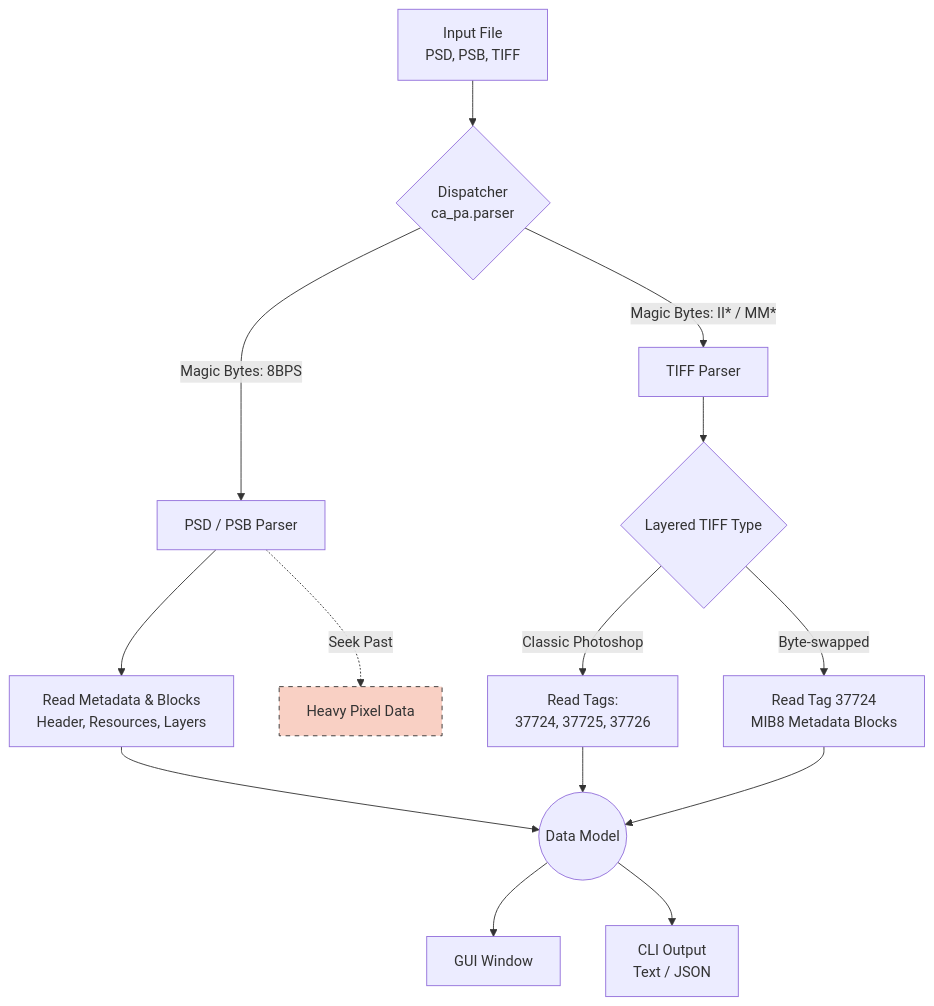
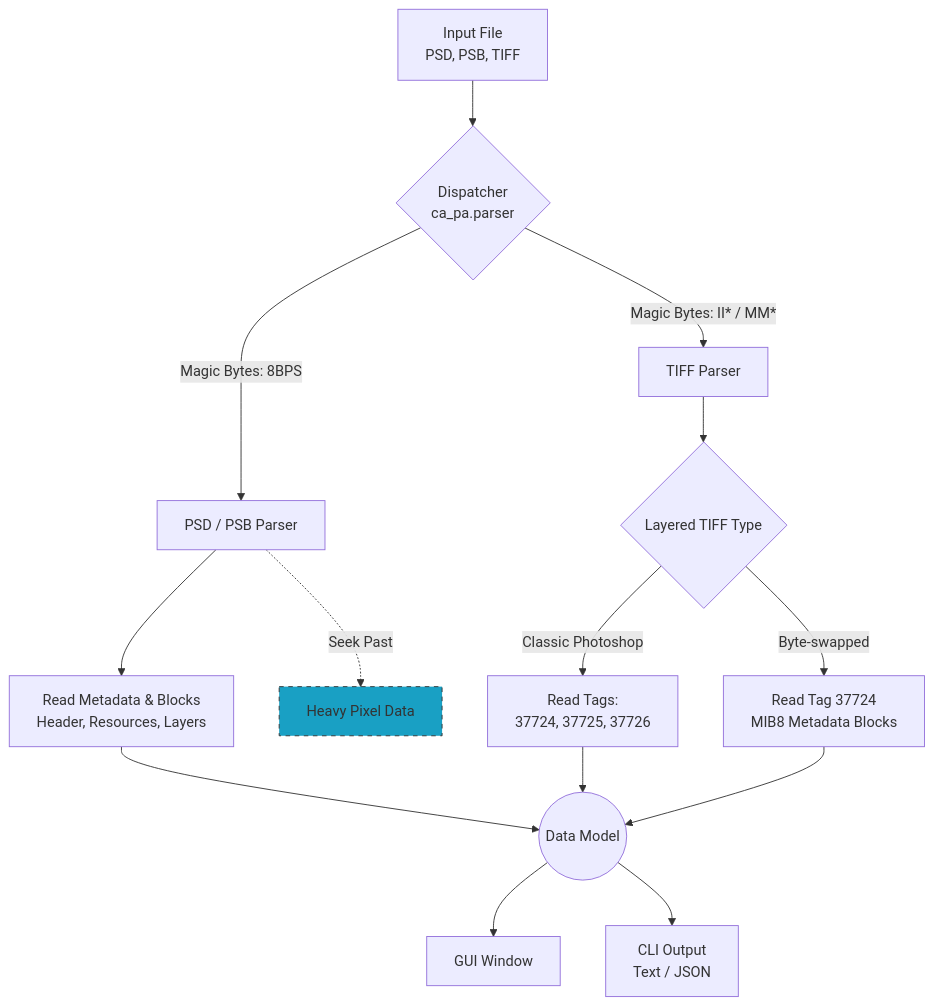
The first of 3 diagrams in README.md (cuarentaysiete/ca-pa), drawn with Mermaid before and after one commit.

Commit message:
Update class definition color in README

````diff
--- a/README.md
+++ b/README.md
@@ -50,24 +50,24 @@
 ```mermaid
 graph TD
     A[Input File<br/>PSD, PSB, TIFF] --> B{Dispatcher<br/>ca_pa.parser}
     
     B -->|Magic Bytes: 8BPS| C[PSD / PSB Parser]
     B -->|Magic Bytes: II* / MM*| D[TIFF Parser]
     
     C --> E[Read Metadata & Blocks<br/>Header, Resources, Layers]
     C -.->|Seek Past| F[Heavy Pixel Data]
     
     D --> G{Layered TIFF Type}
     G -->|Classic Photoshop| H[Read Tags:<br/>37724, 37725, 37726]
     G -->|Byte-swapped| I[Read Tag 37724<br/>MIB8 Metadata Blocks]
     
     E --> J((Data Model))
     H --> J
     I --> J
     
     J --> K[GUI Window]
     J --> L[CLI Output<br/>Text / JSON]
     
-    classDef skip fill:#f9d0c4,stroke:#333,stroke-width:1px,stroke-dasharray: 5 5;
+    classDef skip fill:#19a0c4,stroke:#333,stroke-width:1px,stroke-dasharray: 5 5;
     class F skip;
 ```
````
